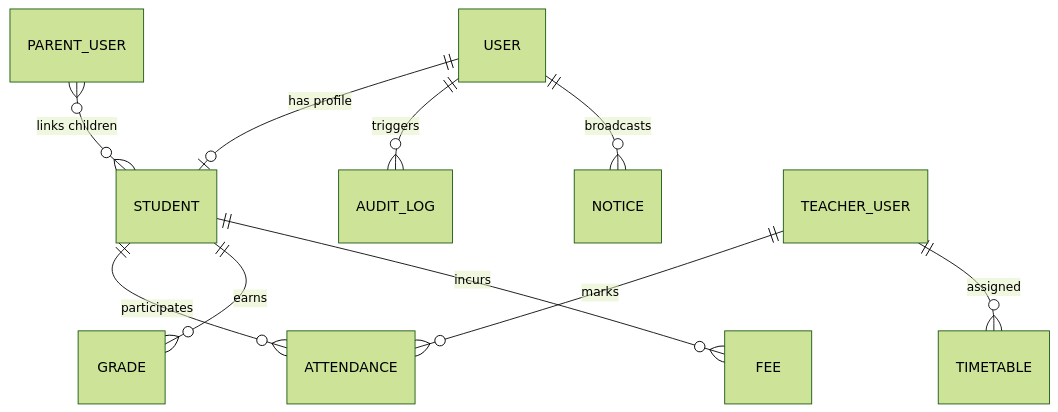
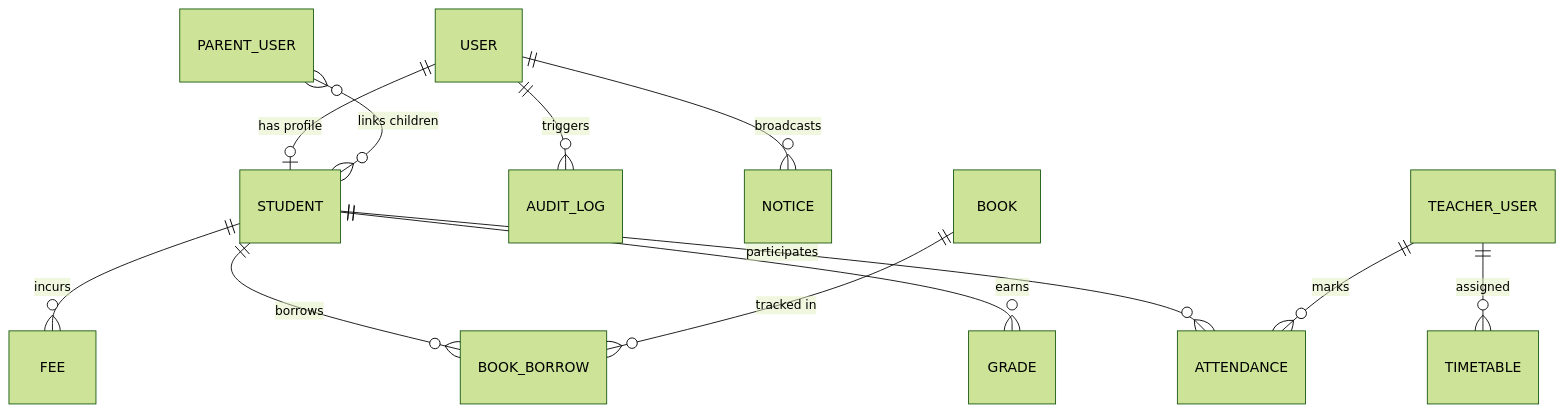
Before and after one commit to amruthck177/Student_management_system: the second of 2 diagrams in README.md, drawn with Mermaid (forest theme). The commit also changed other lines of this file, not shown here.

````diff
--- a/README.md
+++ b/README.md
@@ -170,12 +177,14 @@
 ```mermaid
 erDiagram
     USER ||--o| STUDENT : "has profile"
     USER ||--o{ AUDIT_LOG : "triggers"
     USER ||--o{ NOTICE : "broadcasts"
     PARENT_USER }o--o{ STUDENT : "links children"
     STUDENT ||--o{ ATTENDANCE : "participates"
     STUDENT ||--o{ GRADE : "earns"
     STUDENT ||--o{ FEE : "incurs"
+    STUDENT ||--o{ BOOK_BORROW : "borrows"
+    BOOK ||--o{ BOOK_BORROW : "tracked in"
     TEACHER_USER ||--o{ ATTENDANCE : "marks"
     TEACHER_USER ||--o{ TIMETABLE : "assigned"
 ```
````
